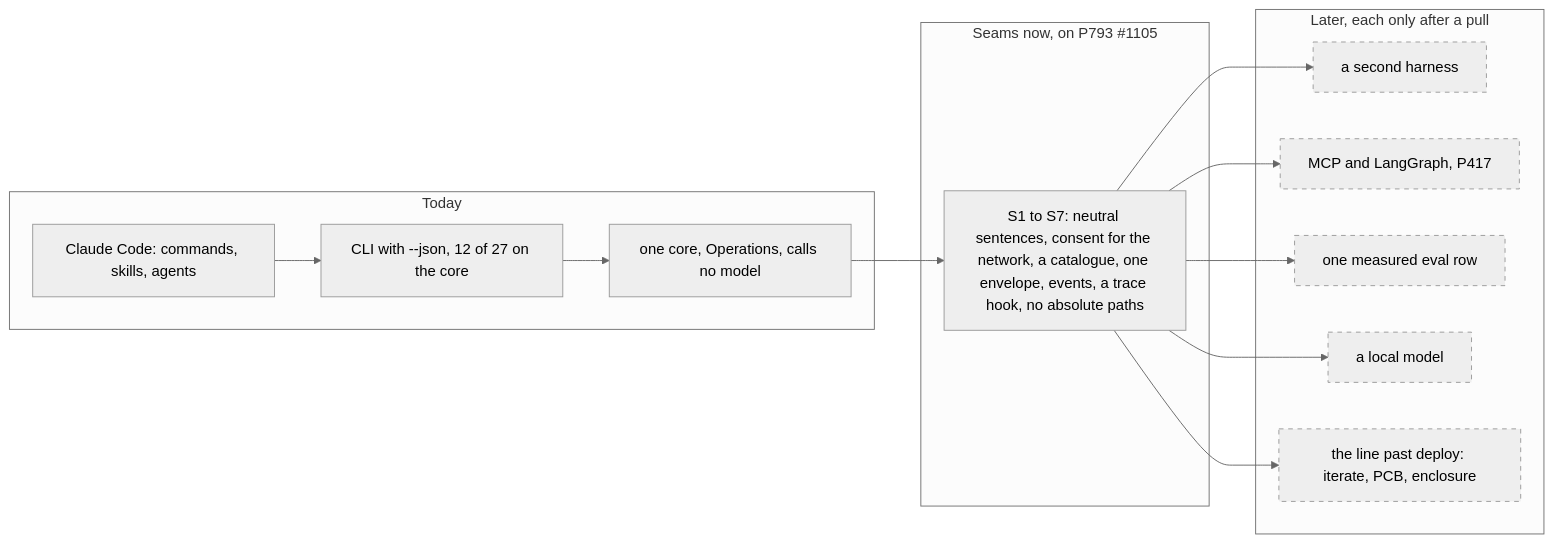
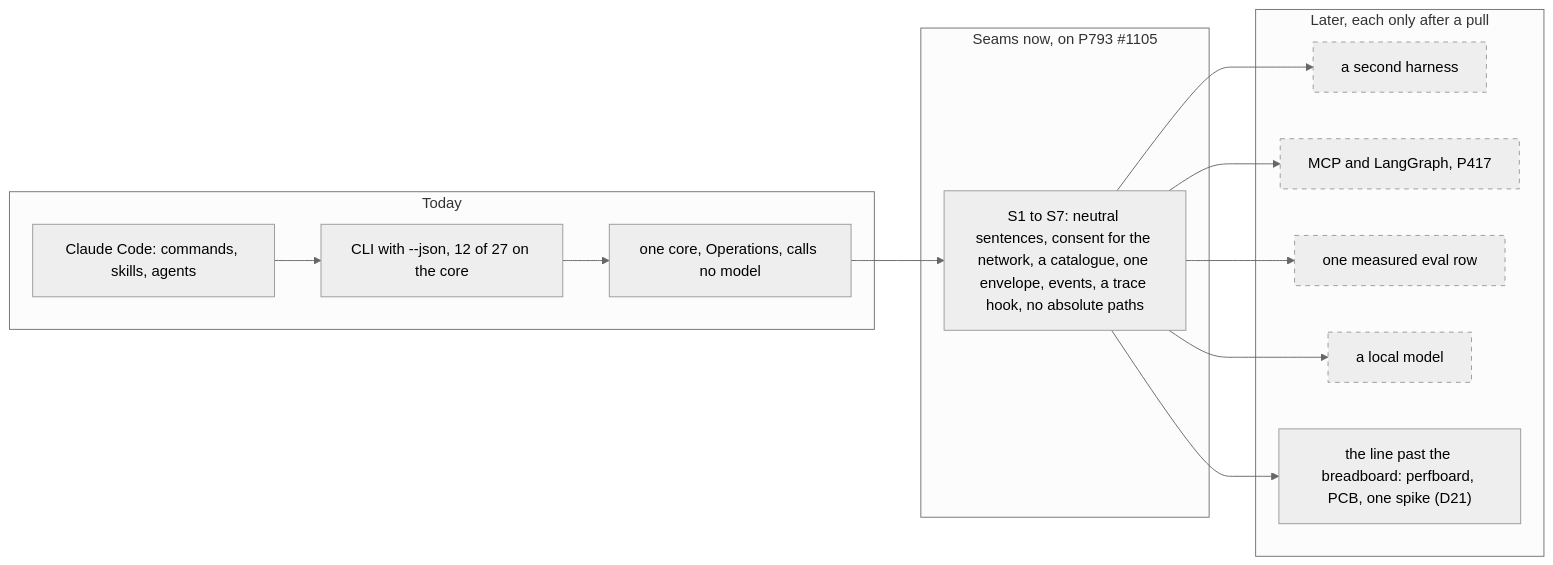
The diagram in docs/discovery/2026-11-23-p1039-rd-direction/README.md (xmejkal/spark), drawn with Mermaid (neutral theme) before and after one commit. The commit also changed other lines of this file and 4 other files, not shown here.

First line of the commit message:
P1039 discovery: the PO's answers to his own questions (D8 to D21), one permanent-build spike allowed

````diff
--- a/docs/discovery/2026-11-23-p1039-rd-direction/README.md
+++ b/docs/discovery/2026-11-23-p1039-rd-direction/README.md
@@ -13,26 +15,26 @@
 ```mermaid
 flowchart LR
   subgraph now["Today"]
     core["one core, Operations, calls no model"]
     cc["Claude Code: commands, skills, agents"]
     cli["CLI with --json, 12 of 27 on the core"]
   end
   subgraph seams["Seams now, on P793 #1105"]
     s["S1 to S7: neutral sentences, consent for the network, a catalogue, one envelope, events, a trace hook, no absolute paths"]
   end
   subgraph later["Later, each only after a pull"]
     h["a second harness"]:::later
     m["MCP and LangGraph, P417"]:::later
     e["one measured eval row"]:::later
     l["a local model"]:::later
-    f["the line past deploy: iterate, PCB, enclosure"]:::later
+    f["the line past the breadboard: perfboard, PCB, one spike (D21)"]
   end
   cc --> cli --> core
   core --> s
   s --> h
   s --> m
   s --> e
   s --> l
   s --> f
   classDef later stroke-dasharray: 5 5
 ```
````
